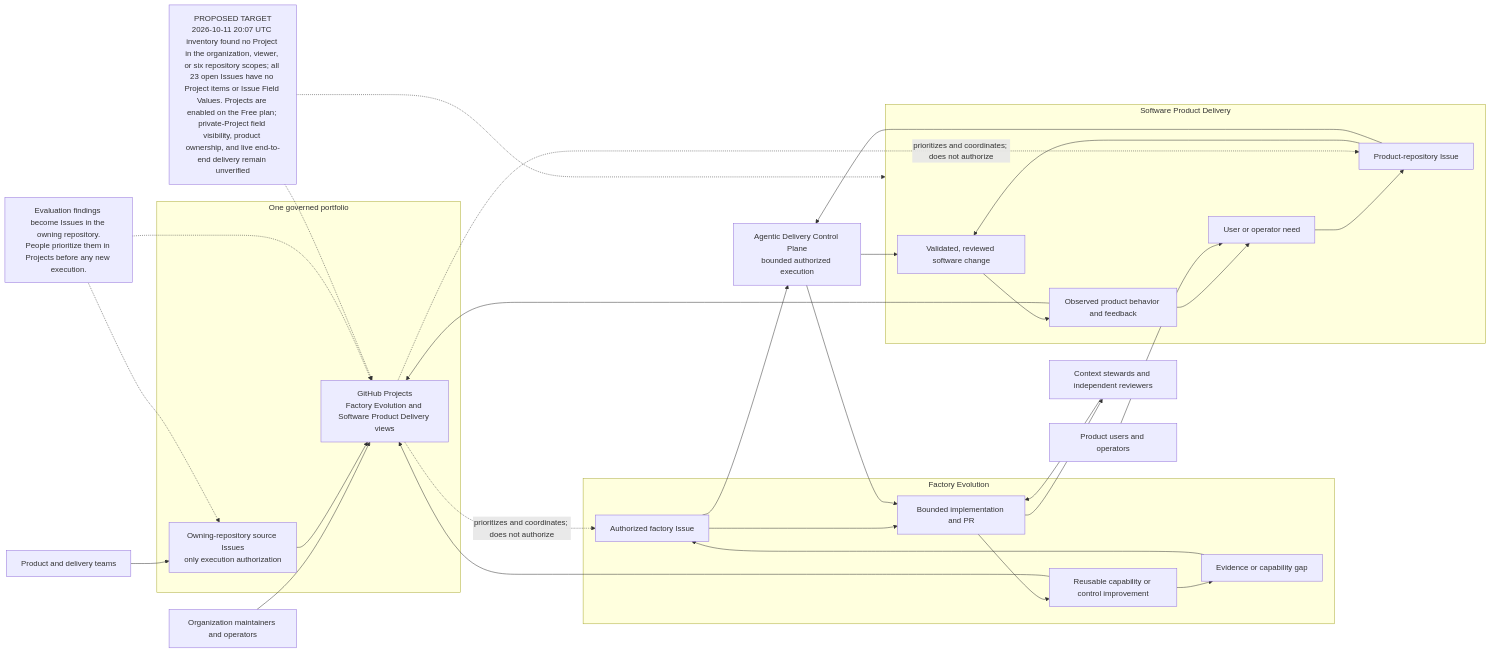
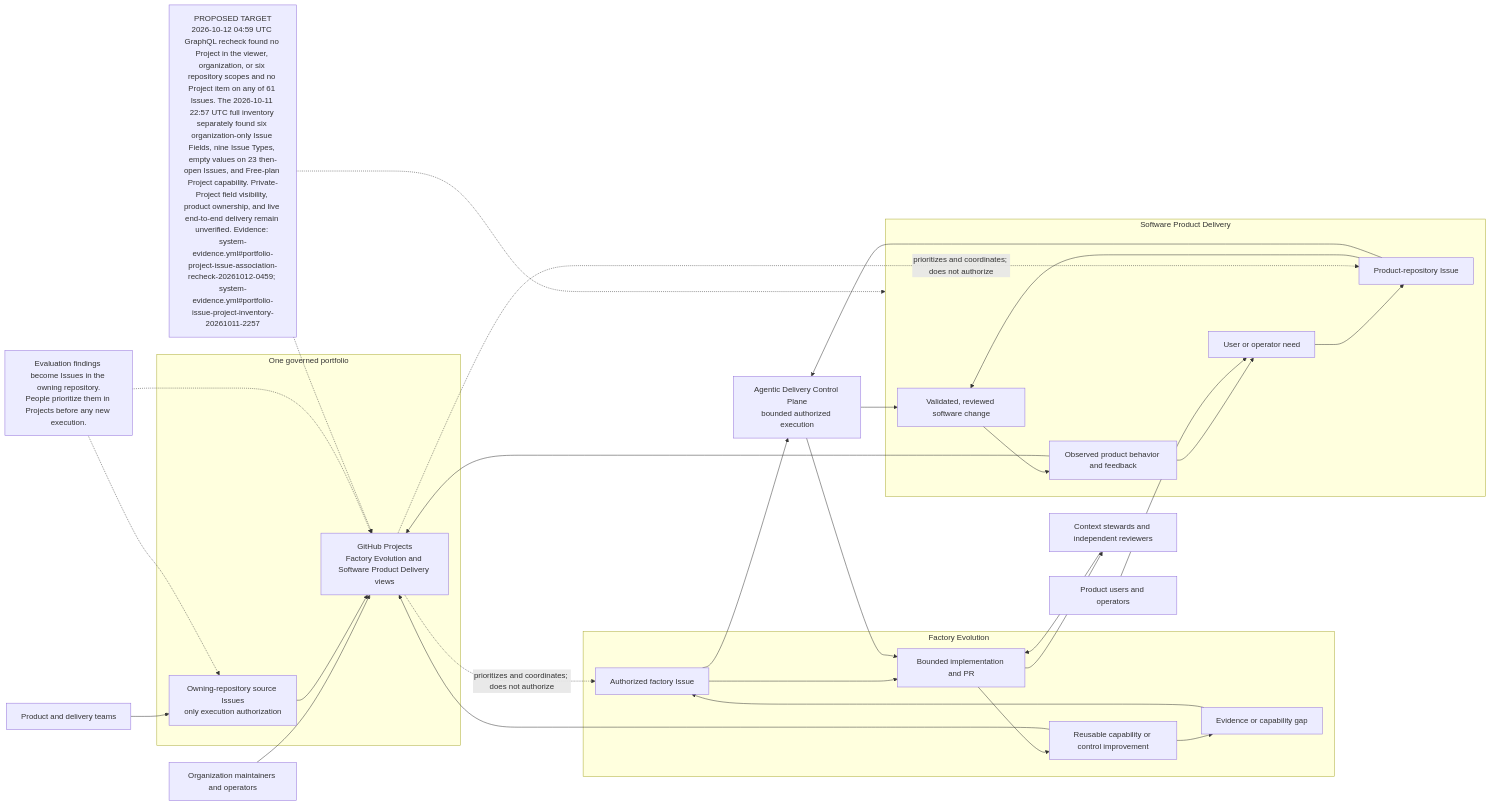
One commit to agentic-delivery-lab/agentic-delivery-architecture changed the diagram in architecture/diagrams/mermaid/strategy-value-streams.mmd. Above: the diagram before and after it, drawn with Mermaid. The commit also changed 13 other files, not shown here.

Commit message:
docs(architecture): refresh Project evidence summaries

```diff
--- a/architecture/diagrams/mermaid/strategy-value-streams.mmd
+++ b/architecture/diagrams/mermaid/strategy-value-streams.mmd
@@ -1,49 +1,49 @@
 flowchart LR
-  STATUS["PROPOSED TARGET<br/>2026-10-11 20:07 UTC inventory found no Project in the organization, viewer, or six repository scopes; all 23 open Issues have no Project items or Issue Field Values. Projects are enabled on the Free plan; private-Project field visibility, product ownership, and live end-to-end delivery remain unverified"]
+  STATUS["PROPOSED TARGET<br/>2026-10-12 04:59 UTC GraphQL recheck found no Project in the viewer, organization, or six repository scopes and no Project item on any of 61 Issues. The 2026-10-11 22:57 UTC full inventory separately found six organization-only Issue Fields, nine Issue Types, empty values on 23 then-open Issues, and Free-plan Project capability. Private-Project field visibility, product ownership, and live end-to-end delivery remain unverified. Evidence: system-evidence.yml#portfolio-project-issue-association-recheck-20261012-0459; system-evidence.yml#portfolio-issue-project-inventory-20261011-2257"]
   MAINTAINERS["Organization maintainers and operators"]
   TEAMS["Product and delivery teams"]
   USERS["Product users and operators"]
   REVIEWERS["Context stewards and independent reviewers"]
   CONTROL["Agentic Delivery Control Plane<br/>bounded authorized execution"]
 
   subgraph PORTFOLIO["One governed portfolio"]
     PROJECT["GitHub Projects<br/>Factory Evolution and Software Product Delivery views"]
     ISSUE["Owning-repository source Issues<br/>only execution authorization"]
   end
 
   subgraph FACTORY["Factory Evolution"]
     F1["Evidence or capability gap"]
     F2["Authorized factory Issue"]
     F3["Bounded implementation and PR"]
     F4["Reusable capability or control improvement"]
     F1 --> F2 --> F3 --> F4
   end
 
   subgraph PRODUCT["Software Product Delivery"]
     P1["User or operator need"]
     P2["Product-repository Issue"]
     P3["Validated, reviewed software change"]
     P4["Observed product behavior and feedback"]
     P1 --> P2 --> P3 --> P4
   end
 
   MAINTAINERS --> PROJECT
   TEAMS --> ISSUE
   REVIEWERS --> F3
   ISSUE --> PROJECT
   PROJECT -. "prioritizes and coordinates; does not authorize" .-> F2
   PROJECT -. "prioritizes and coordinates; does not authorize" .-> P2
   F2 --> CONTROL --> F3
   P2 --> CONTROL --> P3
   F4 --> F1
   P4 --> P1
   F4 --> PROJECT
   P4 --> PROJECT
   USERS --> P1
   F3 --> REVIEWERS
 
   NOTE["Evaluation findings become Issues in the owning repository.<br/>People prioritize them in Projects before any new execution."]
   NOTE -.-> PROJECT
   NOTE -.-> ISSUE
   STATUS -.-> PROJECT
   STATUS -.-> PRODUCT
```
